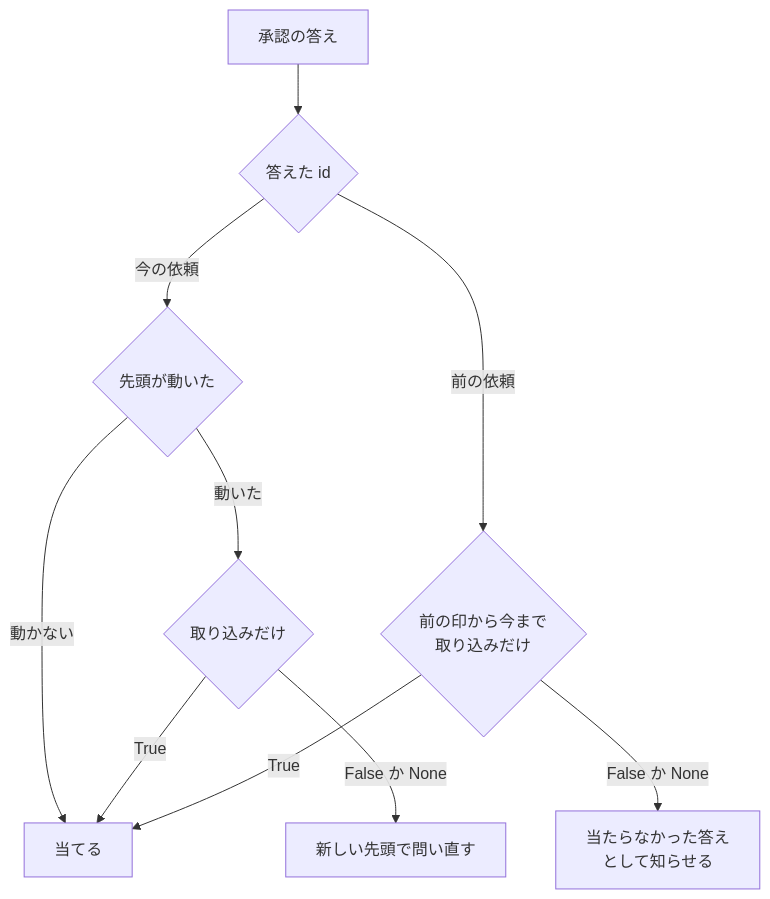
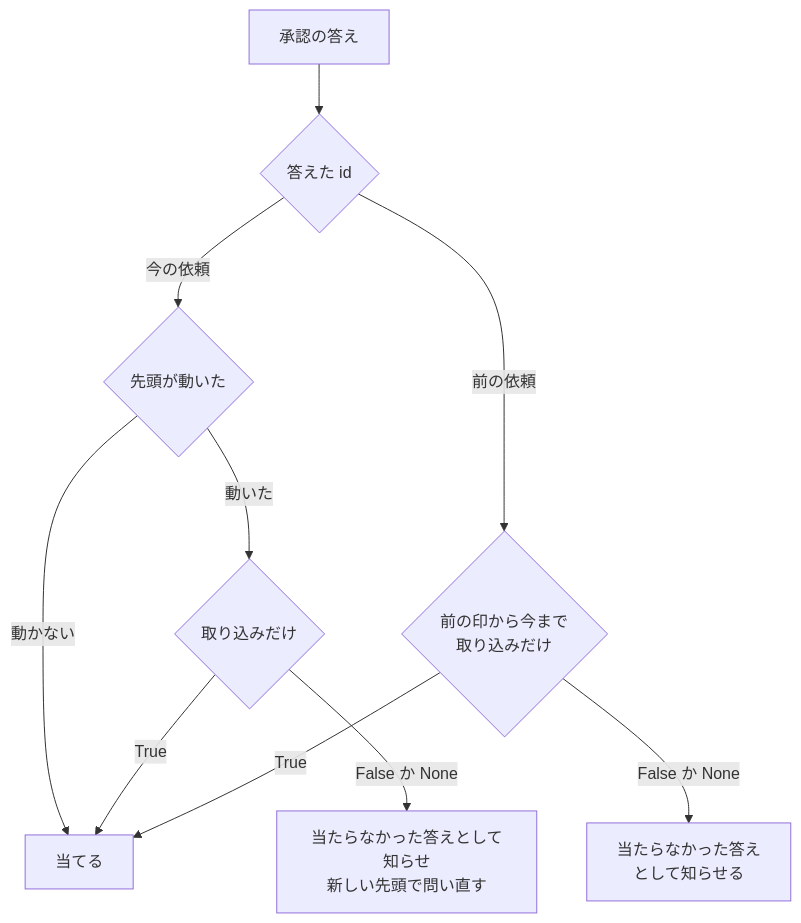
Before and after one commit to devbasex/ai-plugins: the ninth of 10 diagrams in issues/issue-2510-design.md, drawn with Mermaid. The commit also changed other lines of this file and 2 other files, not shown here.

````diff
--- a/issues/issue-2510-design.md
+++ b/issues/issue-2510-design.md
@@ -392,12 +392,12 @@
 ```mermaid
 graph TD
     A[承認の答え] --> I{答えた id}
     I -->|今の依頼| H{先頭が動いた}
     I -->|前の依頼| P{前の印から今まで<br/>取り込みだけ}
     H -->|動かない| Y[当てる]
     H -->|動いた| M{取り込みだけ}
     M -->|True| Y
-    M -->|False か None| R[新しい先頭で問い直す]
+    M -->|False か None| R[当たらなかった答えとして知らせ<br/>新しい先頭で問い直す]
     P -->|True| Y
     P -->|False か None| U[当たらなかった答え<br/>として知らせる]
 ```
````
